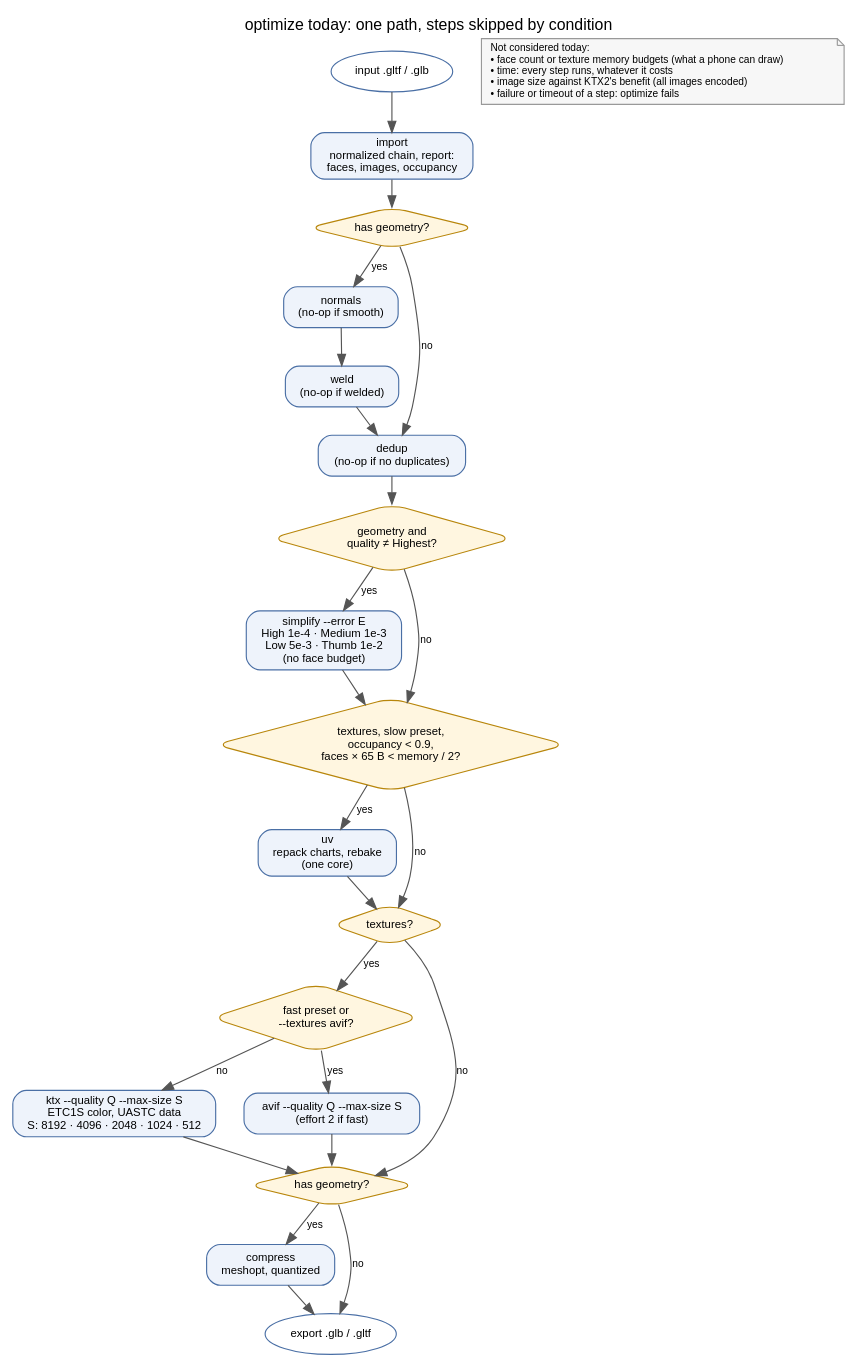
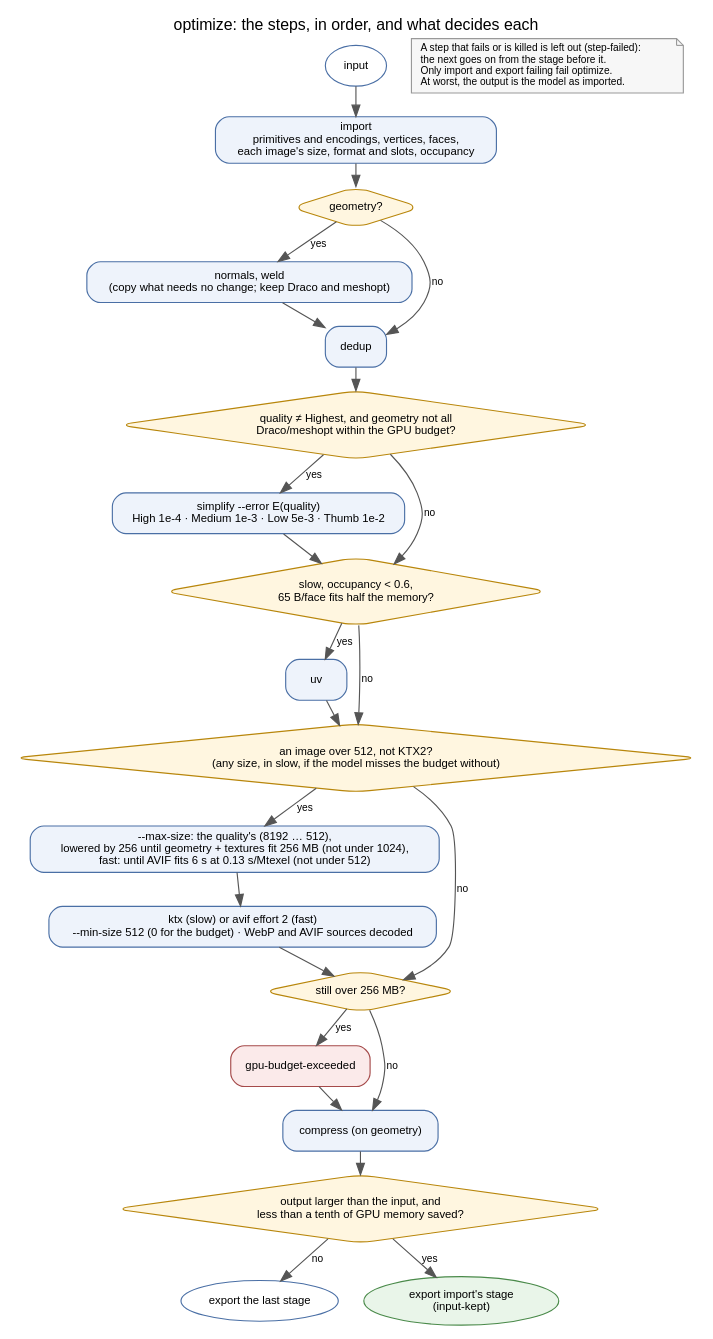
One commit to Holusion/meshtinker changed the diagram in docs/optimize-plan/current.dot. Above: the diagram before and after it, drawn with Graphviz. The commit also changed 15 other files, not shown here.

First line of the commit message:
optimize: the plan's corrections from the corpus survey

```diff
--- a/docs/optimize-plan/current.dot
+++ b/docs/optimize-plan/current.dot
@@ -1,38 +1,40 @@
-// The plan optimize runs today (src/commands/optimize/plan.cpp). Render with:
+// optimize's plan (src/commands/optimize/plan.cpp, docs/optimize.md). Render with:
 //   dot -Tsvg docs/optimize-plan/current.dot -o docs/optimize-plan/current.svg
 digraph current {
-  graph [rankdir=TB, fontname="Helvetica", fontsize=11, nodesep=0.35, ranksep=0.32, label="optimize today: one path, steps skipped by condition", labelloc=t, fontsize=14];
+  graph [rankdir=TB, fontname="Helvetica", nodesep=0.3, ranksep=0.28, label="optimize: the steps, in order, and what decides each", labelloc=t, fontsize=14];
   node [fontname="Helvetica", fontsize=10, shape=box, style="rounded,filled", fillcolor="#eef3fb", color="#4a6fa5"];
   edge [fontname="Helvetica", fontsize=9, color="#555555"];
 
-  in [label="input .gltf / .glb", shape=oval, fillcolor="#ffffff"];
-  import [label="import\nnormalized chain, report:\nfaces, images, occupancy"];
-  g1 [label="has geometry?", shape=diamond, fillcolor="#fff6e0", color="#b8860b"];
-  normals [label="normals\n(no-op if smooth)"];
-  weld [label="weld\n(no-op if welded)"];
-  dedup [label="dedup\n(no-op if no duplicates)"];
-  g2 [label="geometry and\nquality ≠ Highest?", shape=diamond, fillcolor="#fff6e0", color="#b8860b"];
-  simplify [label="simplify --error E\nHigh 1e-4 · Medium 1e-3\nLow 5e-3 · Thumb 1e-2\n(no face budget)"];
-  t1 [label="textures, slow preset,\noccupancy < 0.9,\nfaces × 65 B < memory / 2?", shape=diamond, fillcolor="#fff6e0", color="#b8860b"];
-  uv [label="uv\nrepack charts, rebake\n(one core)"];
-  t2 [label="textures?", shape=diamond, fillcolor="#fff6e0", color="#b8860b"];
-  t3 [label="fast preset or\n--textures avif?", shape=diamond, fillcolor="#fff6e0", color="#b8860b"];
-  ktx [label="ktx --quality Q --max-size S\nETC1S color, UASTC data\nS: 8192 · 4096 · 2048 · 1024 · 512"];
-  avif [label="avif --quality Q --max-size S\n(effort 2 if fast)"];
-  g3 [label="has geometry?", shape=diamond, fillcolor="#fff6e0", color="#b8860b"];
-  compress [label="compress\nmeshopt, quantized"];
-  export [label="export .glb / .gltf", shape=oval, fillcolor="#ffffff"];
+  in [label="input", shape=oval, fillcolor="#ffffff"];
+  import [label="import\nprimitives and encodings, vertices, faces,\neach image's size, format and slots, occupancy"];
+  hasgeo [label="geometry?", shape=diamond, fillcolor="#fff6e0", color="#b8860b"];
+  nw [label="normals, weld\n(copy what needs no change; keep Draco and meshopt)"];
+  dedup [label="dedup"];
+  simpq [label="quality ≠ Highest, and geometry not all\nDraco/meshopt within the GPU budget?", shape=diamond, fillcolor="#fff6e0", color="#b8860b"];
+  simp [label="simplify --error E(quality)\nHigh 1e-4 · Medium 1e-3 · Low 5e-3 · Thumb 1e-2"];
+  uvq [label="slow, occupancy < 0.6,\n65 B/face fits half the memory?", shape=diamond, fillcolor="#fff6e0", color="#b8860b"];
+  uv [label="uv"];
+  large [label="an image over 512, not KTX2?\n(any size, in slow, if the model misses the budget without)", shape=diamond, fillcolor="#fff6e0", color="#b8860b"];
+  side [label="--max-size: the quality's (8192 … 512),\nlowered by 256 until geometry + textures fit 256 MB (not under 1024),\nfast: until AVIF fits 6 s at 0.13 s/Mtexel (not under 512)"];
+  tex [label="ktx (slow) or avif effort 2 (fast)\n--min-size 512 (0 for the budget) · WebP and AVIF sources decoded"];
+  budget [label="still over 256 MB?", shape=diamond, fillcolor="#fff6e0", color="#b8860b"];
+  warn [label="gpu-budget-exceeded", fillcolor="#fbeaea", color="#a54a4a"];
+  comp [label="compress (on geometry)"];
+  guard [label="output larger than the input, and\nless than a tenth of GPU memory saved?", shape=diamond, fillcolor="#fff6e0", color="#b8860b"];
+  last [label="export the last stage", shape=oval, fillcolor="#ffffff"];
+  first [label="export import's stage\n(input-kept)", shape=oval, fillcolor="#e9f5e9", color="#4a8a4a"];
 
-  in -> import -> g1;
-  g1 -> normals [label="yes"]; normals -> weld -> dedup;
-  g1 -> dedup [label="no"];
-  dedup -> g2;
-  g2 -> simplify [label="yes"]; g2 -> t1 [label="no"]; simplify -> t1;
-  t1 -> uv [label="yes"]; t1 -> t2 [label="no"]; uv -> t2;
-  t2 -> t3 [label="yes"]; t2 -> g3 [label="no"];
-  t3 -> avif [label="yes"]; t3 -> ktx [label="no"];
-  ktx -> g3; avif -> g3;
-  g3 -> compress [label="yes"]; g3 -> export [label="no"]; compress -> export;
+  in -> import -> hasgeo;
+  hasgeo -> nw [label="yes"]; hasgeo -> dedup [label="no"];
+  nw -> dedup -> simpq;
+  simpq -> simp [label="yes"]; simpq -> uvq [label="no"];
+  simp -> uvq;
+  uvq -> uv [label="yes"]; uvq -> large [label="no"]; uv -> large;
+  large -> side [label="yes"]; large -> budget [label="no"];
+  side -> tex -> budget;
+  budget -> warn [label="yes"]; budget -> comp [label="no"]; warn -> comp;
+  comp -> guard;
+  guard -> first [label="yes"]; guard -> last [label="no"];
 
-  note [shape=note, fillcolor="#f7f7f7", color="#999999", fontsize=9, label="Not considered today:\l• face count or texture memory budgets (what a phone can draw)\l• time: every step runs, whatever it costs\l• image size against KTX2's benefit (all images encoded)\l• failure or timeout of a step: optimize fails\l"];
+  fail [shape=note, fillcolor="#f7f7f7", color="#999999", fontsize=9, label="A step that fails or is killed is left out (step-failed):\lthe next goes on from the stage before it.\lOnly import and export failing fail optimize.\lAt worst, the output is the model as imported.\l"];
 }
```
